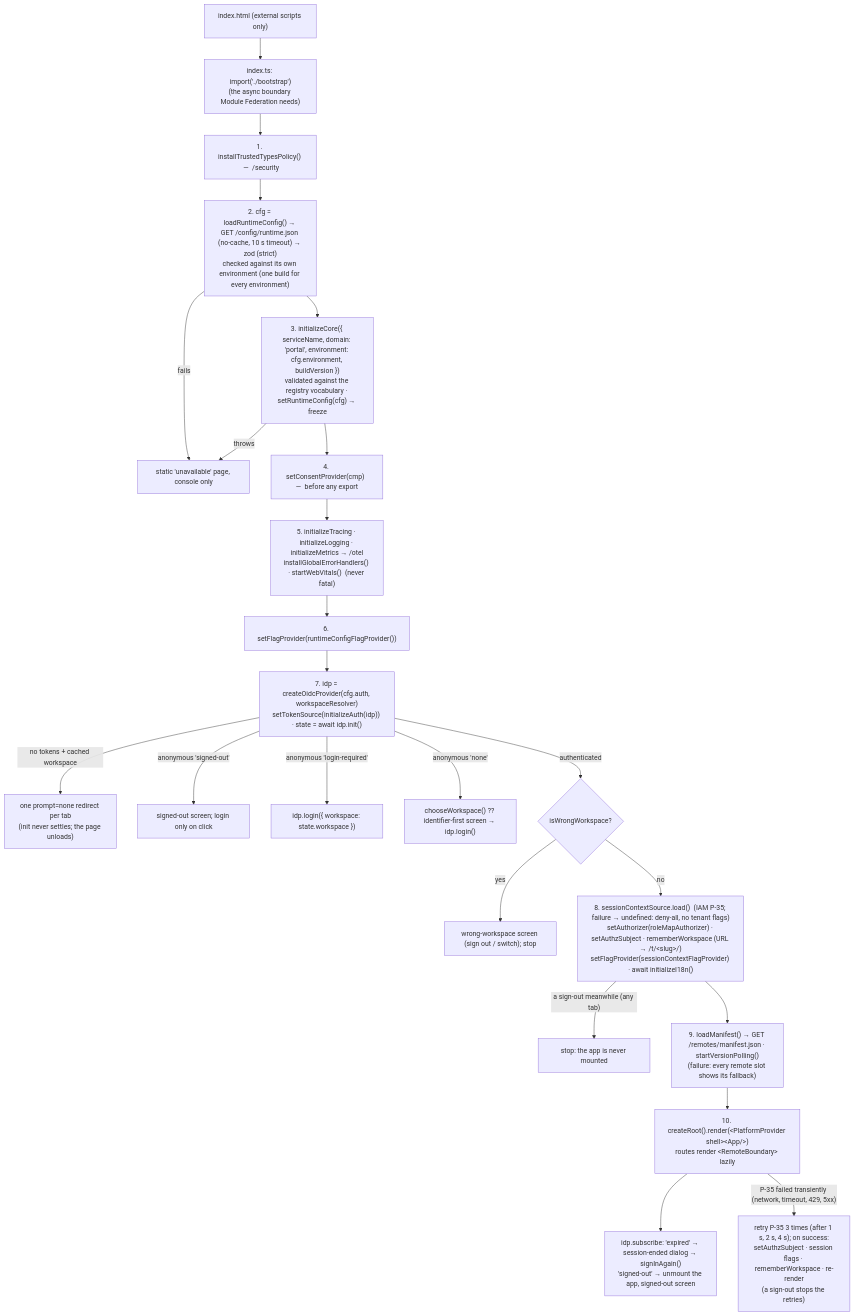
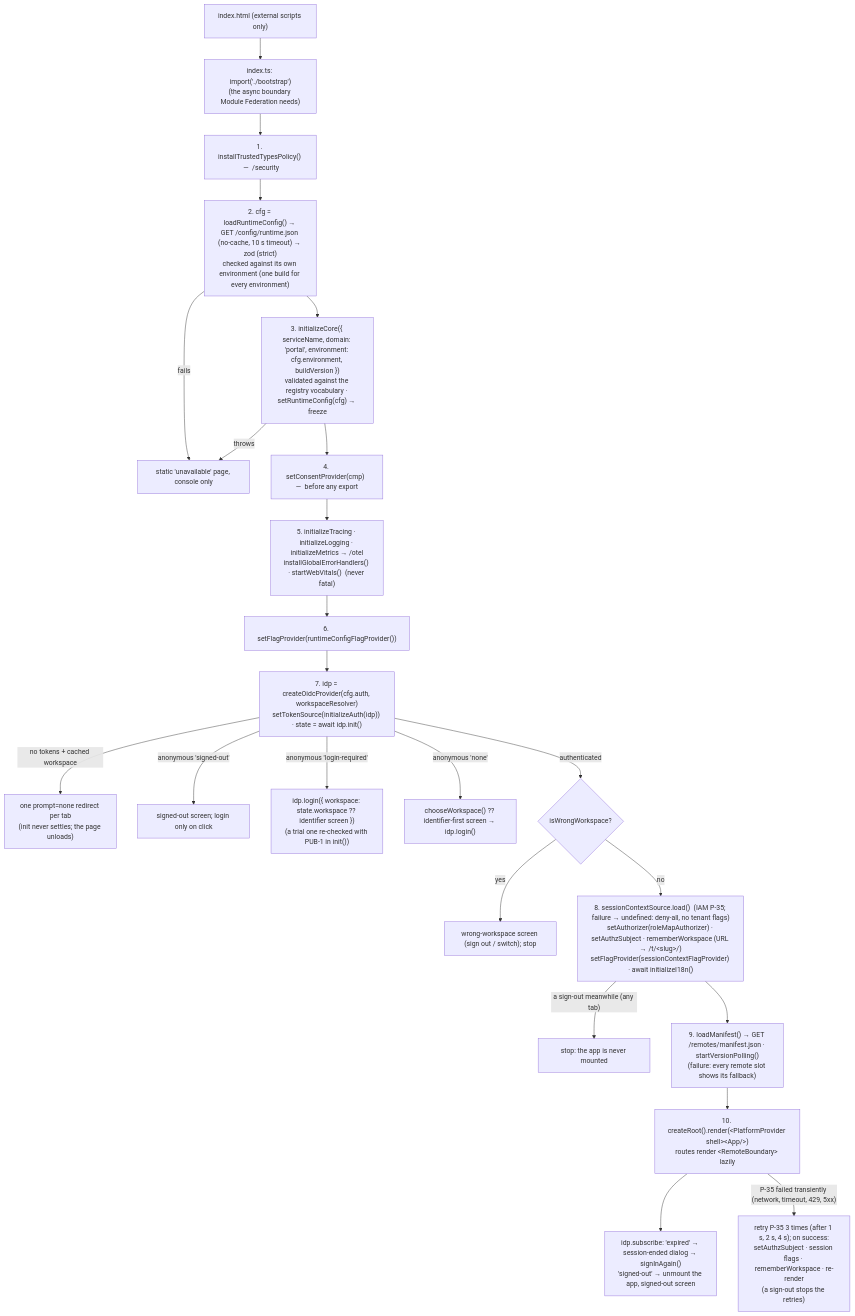
Before and after one commit to BCBP-SOLUTIONS-FZC-LLC/platform-reactcommon: the diagram in docs/architecture/mermaid/shell-bootstrap.mmd, drawn with Mermaid. The commit also changed 47 other files, not shown here.

First line of the commit message:
feat(auth,problem): re-check trial workspaces with PUB-1, deny codes from api/deny-codes.json, switchWorkspace prompt (#60)

```diff
--- a/docs/architecture/mermaid/shell-bootstrap.mmd
+++ b/docs/architecture/mermaid/shell-bootstrap.mmd
@@ -1,23 +1,23 @@
 flowchart TD
     html["index.html (external scripts only)"] --> idx["index.ts: import('./bootstrap')<br/>(the async boundary Module Federation needs)"]
     idx --> tt["1. installTrustedTypesPolicy()  —  /security"]
     tt --> cfg["2. cfg = loadRuntimeConfig() → GET /config/runtime.json (no-cache, 10 s timeout) → zod (strict)<br/>checked against its own environment (one build for every environment)"]
     cfg -->|fails| fatal["static 'unavailable' page, console only"]
     cfg --> core["3. initializeCore({ serviceName, domain: 'portal', environment: cfg.environment, buildVersion })<br/>validated against the registry vocabulary · setRuntimeConfig(cfg) → freeze"]
     core -->|throws| fatal
     core --> consent["4. setConsentProvider(cmp)  —  before any export"]
     consent --> tel["5. initializeTracing · initializeLogging · initializeMetrics → /otel<br/>installGlobalErrorHandlers() · startWebVitals()  (never fatal)"]
     tel --> flags["6. setFlagProvider(runtimeConfigFlagProvider())"]
     flags --> auth["7. idp = createOidcProvider(cfg.auth, workspaceResolver)<br/>setTokenSource(initializeAuth(idp)) · state = await idp.init()"]
     auth -->|"no tokens + cached workspace"| restore["one prompt=none redirect per tab<br/>(init never settles; the page unloads)"]
     auth -->|"anonymous 'signed-out'"| signedout["signed-out screen; login only on click"]
-    auth -->|"anonymous 'login-required'"| login1["idp.login({ workspace: state.workspace })"]
+    auth -->|"anonymous 'login-required'"| login1["idp.login({ workspace: state.workspace ?? identifier screen })<br/>(a trial one re-checked with PUB-1 in init())"]
     auth -->|"anonymous 'none'"| choose["chooseWorkspace() ?? identifier-first screen → idp.login()"]
     auth -->|"authenticated"| wrong{"isWrongWorkspace?"}
     wrong -->|yes| wrongscreen["wrong-workspace screen (sign out / switch); stop"]
     wrong -->|no| ctx["8. sessionContextSource.load()  (IAM P-35; failure → undefined: deny-all, no tenant flags)<br/>setAuthorizer(roleMapAuthorizer) · setAuthzSubject · rememberWorkspace (URL → /t/&lt;slug&gt;/)<br/>setFlagProvider(sessionContextFlagProvider) · await initializeI18n()"]
     ctx -->|"a sign-out meanwhile (any tab)"| stop["stop: the app is never mounted"]
     ctx --> manifest["9. loadManifest() → GET /remotes/manifest.json · startVersionPolling()<br/>(failure: every remote slot shows its fallback)"]
     manifest --> render["10. createRoot().render(&lt;PlatformProvider shell&gt;&lt;App/&gt;)<br/>routes render &lt;RemoteBoundary&gt; lazily"]
     render --> expired["idp.subscribe: 'expired' → session-ended dialog → signInAgain()<br/>'signed-out' → unmount the app, signed-out screen"]
     render -->|"P-35 failed transiently (network, timeout, 429, 5xx)"| ctxretry["retry P-35 3 times (after 1 s, 2 s, 4 s); on success:<br/>setAuthzSubject · session flags · rememberWorkspace · re-render<br/>(a sign-out stops the retries)"]
```
